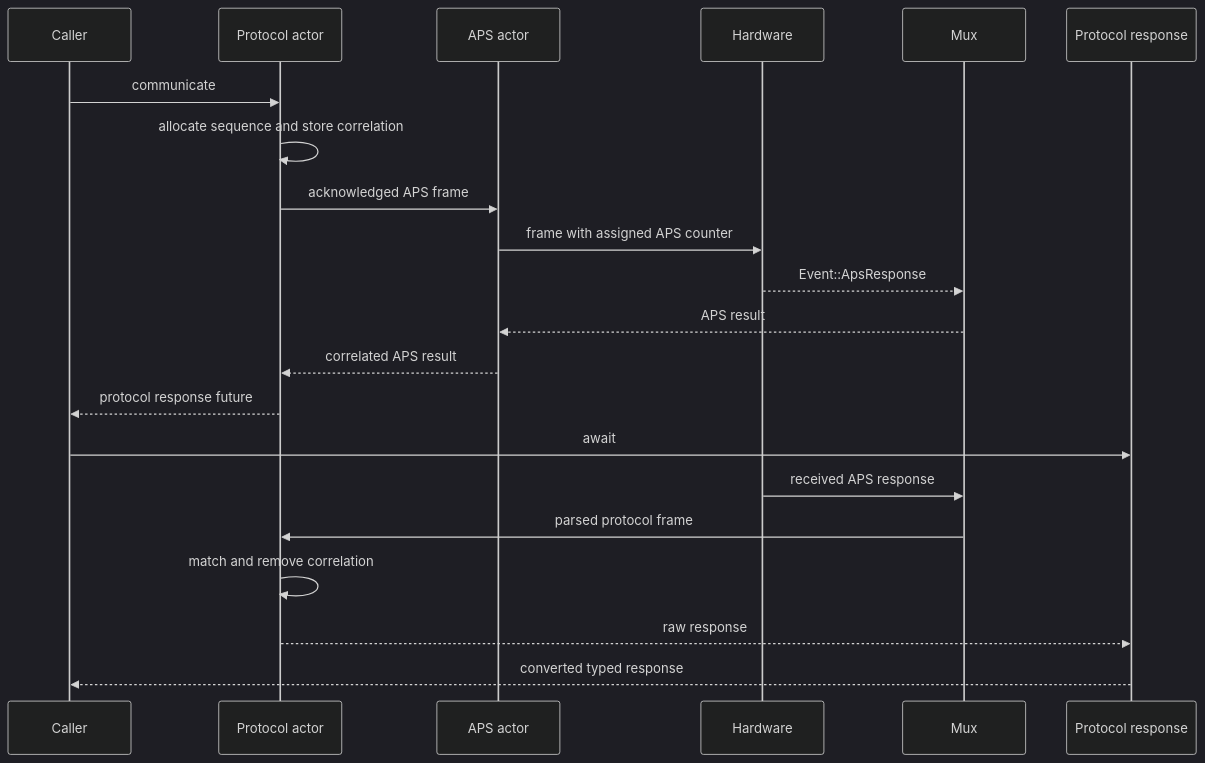
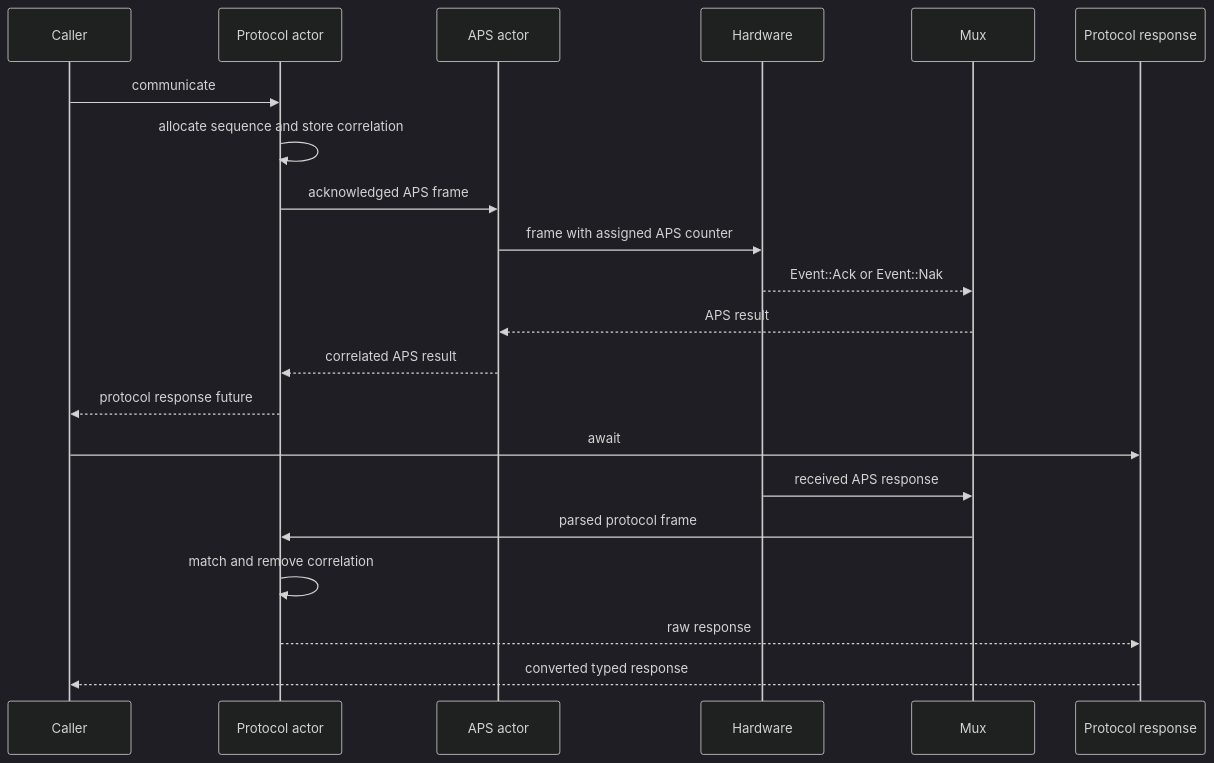
The third of 4 diagrams in coordinator/ARCHITECTURE.md (PaulmannLighting/apis-saltans), drawn with Mermaid (dark theme) before and after one commit. The commit also changed other lines of this file and 14 other files, not shown here.

Commit message:
Revamp APS ack / nak.

````diff
--- a/coordinator/ARCHITECTURE.md
+++ b/coordinator/ARCHITECTURE.md
@@ -124,24 +126,24 @@
 ```mermaid
 sequenceDiagram
     participant API as Caller
     participant P as Protocol actor
     participant A as APS actor
     participant H as Hardware
     participant M as Mux
     participant R as Protocol response
 
     API->>P: communicate
     P->>P: allocate sequence and store correlation
     P->>A: acknowledged APS frame
     A->>H: frame with assigned APS counter
-    H-->>M: Event::ApsResponse
+    H-->>M: Event::Ack or Event::Nak
     M-->>A: APS result
     A-->>P: correlated APS result
     P-->>API: protocol response future
     API->>R: await
     H->>M: received APS response
     M->>P: parsed protocol frame
     P->>P: match and remove correlation
     P-->>R: raw response
     R-->>API: converted typed response
 ```
````
